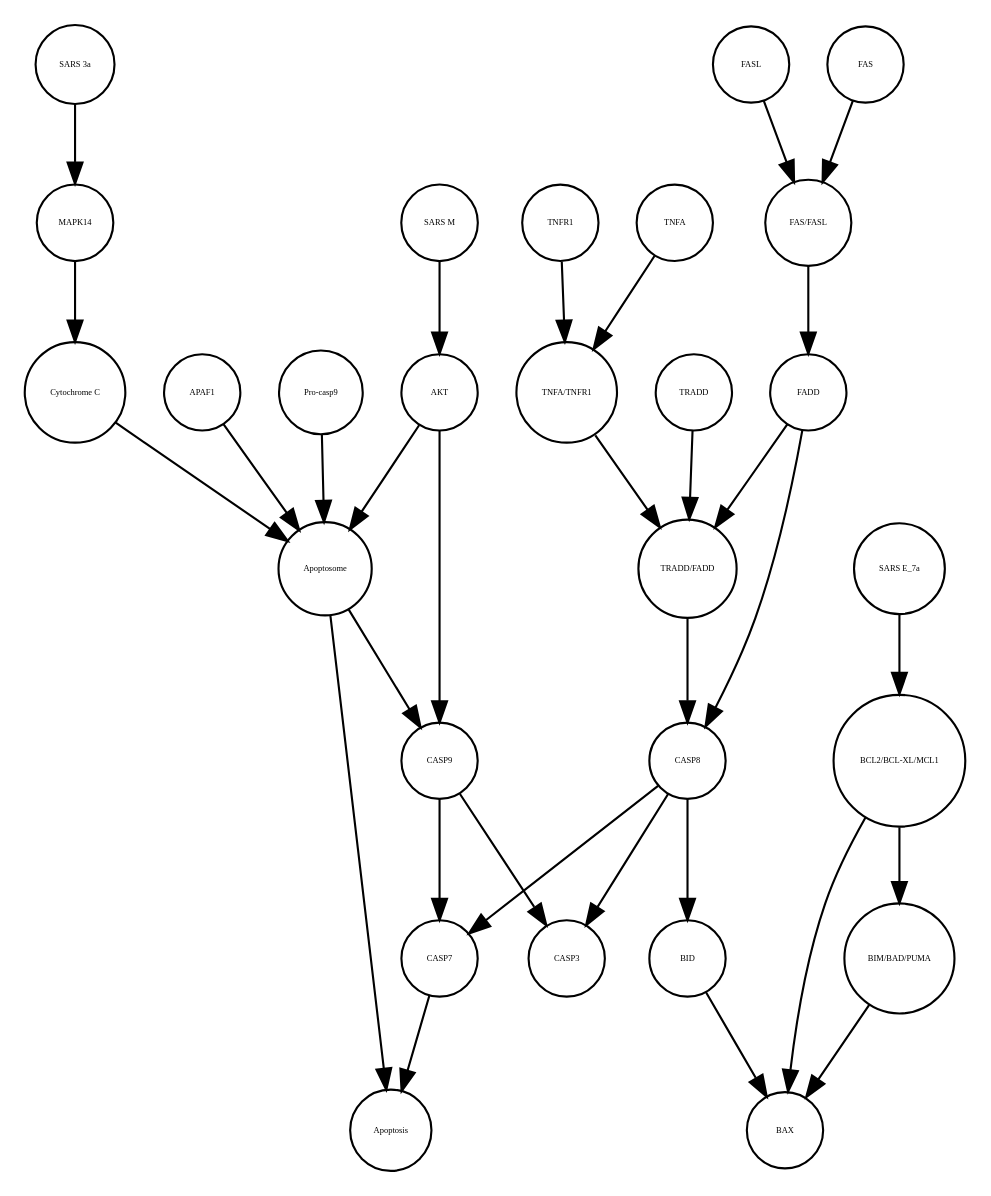
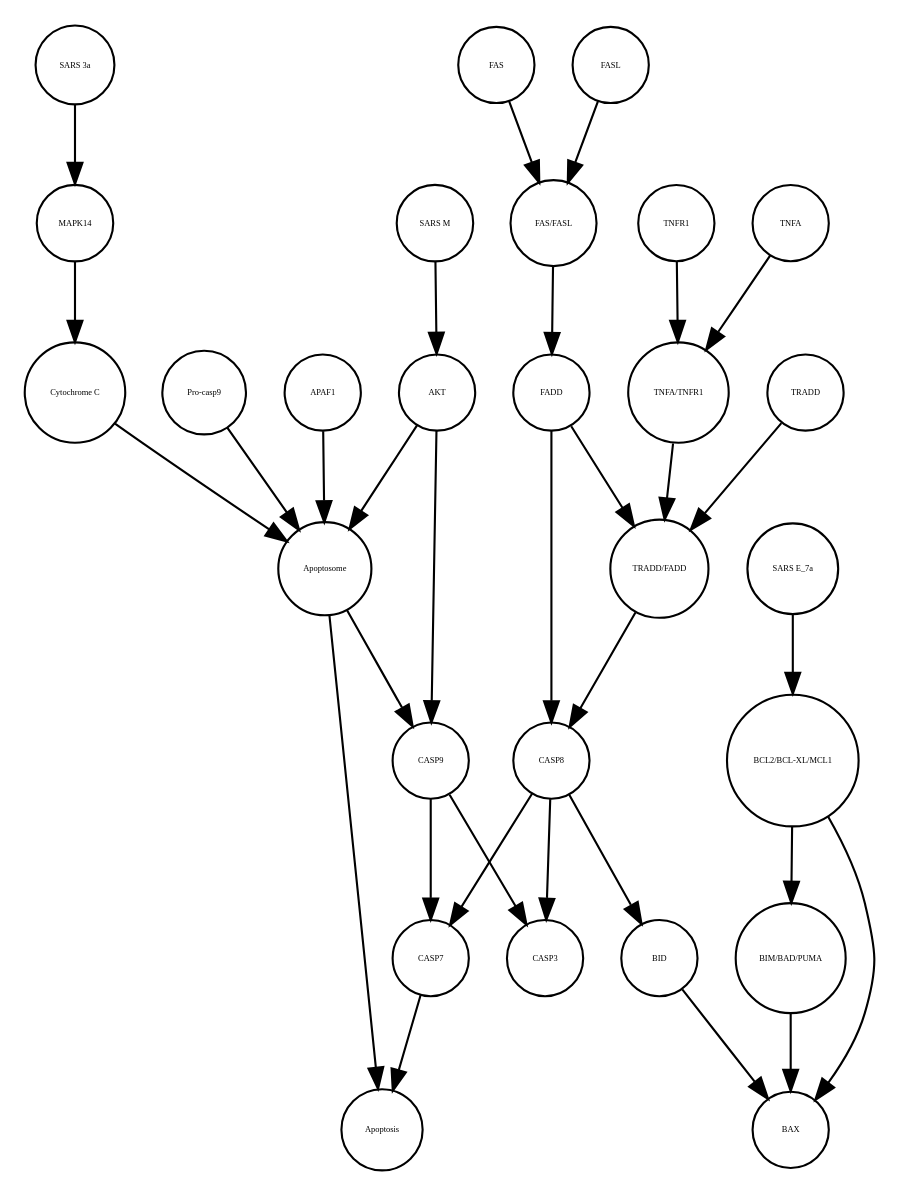
Before and after one commit to cannin/covid19-sbgn: the diagram in Apoptosis_VS_SSA_AN.xml_projected.dot, drawn with Graphviz. The commit also changed other lines of this file and 572 other files, not shown here.

```diff
--- a/Apoptosis_VS_SSA_AN.xml_projected.dot
+++ b/Apoptosis_VS_SSA_AN.xml_projected.dot
@@ -1,60 +1,60 @@
 strict digraph  {
 CASP7 [annotation="", bipartite=0, cls=macromolecule, fontsize=4, label=CASP7, shape=circle];
 Apoptosis [annotation="", bipartite=0, cls=phenotype, fontsize=4, label=Apoptosis, shape=circle];
 Apoptosome [annotation="", bipartite=0, cls=complex, fontsize=4, label=Apoptosome, shape=circle];
+"TNFA/TNFR1" [annotation="", bipartite=0, cls=complex, fontsize=4, label="TNFA/TNFR1", shape=circle];
 BID [annotation="", bipartite=0, cls=macromolecule, fontsize=4, label=BID, shape=circle];
+FASL [annotation="", bipartite=0, cls=macromolecule, fontsize=4, label=FASL, shape=circle];
+"FAS/FASL" [annotation="", bipartite=0, cls=complex, fontsize=4, label="FAS/FASL", shape=circle];
+"SARS 3a" [annotation="", bipartite=0, cls=macromolecule, fontsize=4, label="SARS 3a", shape=circle];
+TNFR1 [annotation="", bipartite=0, cls=macromolecule, fontsize=4, label=TNFR1, shape=circle];
+TNFA [annotation="", bipartite=0, cls=macromolecule, fontsize=4, label=TNFA, shape=circle];
+BAX [annotation="", bipartite=0, cls=macromolecule, fontsize=4, label=BAX, shape=circle];
 FAS [annotation="", bipartite=0, cls=macromolecule, fontsize=4, label=FAS, shape=circle];
-CASP9 [annotation="", bipartite=0, cls=macromolecule, fontsize=4, label=CASP9, shape=circle];
-"BCL2/BCL-XL/MCL1" [annotation="", bipartite=0, cls=complex, fontsize=4, label="BCL2/BCL-XL/MCL1", shape=circle];
+APAF1 [annotation="", bipartite=0, cls=macromolecule, fontsize=4, label=APAF1, shape=circle];
+CASP8 [annotation="", bipartite=0, cls=macromolecule, fontsize=4, label=CASP8, shape=circle];
+"SARS M" [annotation="", bipartite=0, cls=macromolecule, fontsize=4, label="SARS M", shape=circle];
+CASP3 [annotation="", bipartite=0, cls=macromolecule, fontsize=4, label=CASP3, shape=circle];
 "BIM/BAD/PUMA" [annotation="", bipartite=0, cls=complex, fontsize=4, label="BIM/BAD/PUMA", shape=circle];
 "Pro-casp9" [annotation="", bipartite=0, cls=macromolecule, fontsize=4, label="Pro-casp9", shape=circle];
+MAPK14 [annotation="", bipartite=0, cls=macromolecule, fontsize=4, label=MAPK14, shape=circle];
+FADD [annotation="", bipartite=0, cls=macromolecule, fontsize=4, label=FADD, shape=circle];
 TRADD [annotation="", bipartite=0, cls=macromolecule, fontsize=4, label=TRADD, shape=circle];
-FADD [annotation="", bipartite=0, cls=macromolecule, fontsize=4, label=FADD, shape=circle];
+"BCL2/BCL-XL/MCL1" [annotation="", bipartite=0, cls=complex, fontsize=4, label="BCL2/BCL-XL/MCL1", shape=circle];
 "SARS E_7a" [annotation="", bipartite=0, cls=macromolecule, fontsize=4, label="SARS E_7a", shape=circle];
 AKT [annotation="", bipartite=0, cls=macromolecule, fontsize=4, label=AKT, shape=circle];
-"TNFA/TNFR1" [annotation="", bipartite=0, cls=complex, fontsize=4, label="TNFA/TNFR1", shape=circle];
-"SARS 3a" [annotation="", bipartite=0, cls=macromolecule, fontsize=4, label="SARS 3a", shape=circle];
+"Cytochrome C" [annotation="", bipartite=0, cls=macromolecule, fontsize=4, label="Cytochrome C", shape=circle];
+CASP9 [annotation="", bipartite=0, cls=macromolecule, fontsize=4, label=CASP9, shape=circle];
 "TRADD/FADD" [annotation="", bipartite=0, cls=complex, fontsize=4, label="TRADD/FADD", shape=circle];
-CASP8 [annotation="", bipartite=0, cls=macromolecule, fontsize=4, label=CASP8, shape=circle];
-CASP3 [annotation="", bipartite=0, cls=macromolecule, fontsize=4, label=CASP3, shape=circle];
-APAF1 [annotation="", bipartite=0, cls=macromolecule, fontsize=4, label=APAF1, shape=circle];
-BAX [annotation="", bipartite=0, cls=macromolecule, fontsize=4, label=BAX, shape=circle];
-MAPK14 [annotation="", bipartite=0, cls=macromolecule, fontsize=4, label=MAPK14, shape=circle];
-FASL [annotation="", bipartite=0, cls=macromolecule, fontsize=4, label=FASL, shape=circle];
-"SARS M" [annotation="", bipartite=0, cls=macromolecule, fontsize=4, label="SARS M", shape=circle];
-"FAS/FASL" [annotation="", bipartite=0, cls=complex, fontsize=4, label="FAS/FASL", shape=circle];
-"Cytochrome C" [annotation="", bipartite=0, cls=macromolecule, fontsize=4, label="Cytochrome C", shape=circle];
-TNFA [annotation="", bipartite=0, cls=macromolecule, fontsize=4, label=TNFA, shape=circle];
-TNFR1 [annotation="", bipartite=0, cls=macromolecule, fontsize=4, label=TNFR1, shape=circle];
 CASP7 -> Apoptosis  [annotation="", interaction_type=stimulation];
 Apoptosome -> Apoptosis  [annotation="", interaction_type=stimulation];
 Apoptosome -> CASP9  [annotation="urn_miriam_kegg.pathway_hsa04210", interaction_type=catalysis];
+"TNFA/TNFR1" -> "TRADD/FADD"  [annotation="urn_miriam_kegg.pathway_hsa04210", interaction_type=catalysis];
 BID -> BAX  [annotation=urn_miriam_pubmed_31226023, interaction_type=catalysis];
+FASL -> "FAS/FASL"  [annotation="", interaction_type=production];
+"FAS/FASL" -> FADD  [annotation="urn_miriam_kegg.pathway_hsa04210", interaction_type=catalysis];
+"SARS 3a" -> MAPK14  [annotation=urn_miriam_pubmed_31226023, interaction_type=catalysis];
+TNFR1 -> "TNFA/TNFR1"  [annotation="", interaction_type=production];
+TNFA -> "TNFA/TNFR1"  [annotation="", interaction_type=production];
 FAS -> "FAS/FASL"  [annotation="", interaction_type=production];
+APAF1 -> Apoptosome  [annotation="", interaction_type=production];
+CASP8 -> BID  [annotation="urn_miriam_kegg.pathway_hsa04210", interaction_type=catalysis];
+CASP8 -> CASP3  [annotation="urn_miriam_kegg.pathway_hsa04210", interaction_type=catalysis];
+CASP8 -> CASP7  [annotation="urn_miriam_kegg.pathway_hsa04210", interaction_type=catalysis];
+"SARS M" -> AKT  [annotation=urn_miriam_pubmed_31226023, interaction_type=inhibition];
+"BIM/BAD/PUMA" -> BAX  [annotation=urn_miriam_pubmed_31226023, interaction_type=catalysis];
+"Pro-casp9" -> Apoptosome  [annotation="", interaction_type=production];
+MAPK14 -> "Cytochrome C"  [annotation="urn_miriam_kegg.pathway_hsa04210|urn_miriam_pubmed_31226023", interaction_type=catalysis];
+FADD -> "TRADD/FADD"  [annotation="", interaction_type=production];
+FADD -> CASP8  [annotation="urn_miriam_kegg.pathway_hsa04210", interaction_type=catalysis];
+TRADD -> "TRADD/FADD"  [annotation="", interaction_type=production];
+"BCL2/BCL-XL/MCL1" -> "BIM/BAD/PUMA"  [annotation="", interaction_type=inhibition];
+"BCL2/BCL-XL/MCL1" -> BAX  [annotation=urn_miriam_pubmed_31226023, interaction_type=inhibition];
+"SARS E_7a" -> "BCL2/BCL-XL/MCL1"  [annotation="", interaction_type=inhibition];
+AKT -> Apoptosome  [annotation="urn_miriam_kegg.pathway_hsa04210", interaction_type=inhibition];
+AKT -> CASP9  [annotation="urn_miriam_kegg.pathway_hsa04210", interaction_type=inhibition];
+"Cytochrome C" -> Apoptosome  [annotation="", interaction_type=production];
 CASP9 -> CASP3  [annotation="urn_miriam_kegg.pathway_hsa04210", interaction_type=catalysis];
 CASP9 -> CASP7  [annotation="urn_miriam_kegg.pathway_hsa04210", interaction_type=catalysis];
-"BCL2/BCL-XL/MCL1" -> BAX  [annotation=urn_miriam_pubmed_31226023, interaction_type=inhibition];
-"BCL2/BCL-XL/MCL1" -> "BIM/BAD/PUMA"  [annotation="", interaction_type=inhibition];
-"BIM/BAD/PUMA" -> BAX  [annotation=urn_miriam_pubmed_31226023, interaction_type=catalysis];
-"Pro-casp9" -> Apoptosome  [annotation="", interaction_type=production];
-TRADD -> "TRADD/FADD"  [annotation="", interaction_type=production];
-FADD -> "TRADD/FADD"  [annotation="", interaction_type=production];
-FADD -> CASP8  [annotation="urn_miriam_kegg.pathway_hsa04210", interaction_type=catalysis];
-"SARS E_7a" -> "BCL2/BCL-XL/MCL1"  [annotation="", interaction_type=inhibition];
-AKT -> CASP9  [annotation="urn_miriam_kegg.pathway_hsa04210", interaction_type=inhibition];
-AKT -> Apoptosome  [annotation="urn_miriam_kegg.pathway_hsa04210", interaction_type=inhibition];
-"TNFA/TNFR1" -> "TRADD/FADD"  [annotation="urn_miriam_kegg.pathway_hsa04210", interaction_type=catalysis];
-"SARS 3a" -> MAPK14  [annotation=urn_miriam_pubmed_31226023, interaction_type=catalysis];
 "TRADD/FADD" -> CASP8  [annotation="urn_miriam_kegg.pathway_hsa04210", interaction_type=catalysis];
-CASP8 -> CASP3  [annotation="urn_miriam_kegg.pathway_hsa04210", interaction_type=catalysis];
-CASP8 -> BID  [annotation="urn_miriam_kegg.pathway_hsa04210", interaction_type=catalysis];
-CASP8 -> CASP7  [annotation="urn_miriam_kegg.pathway_hsa04210", interaction_type=catalysis];
-APAF1 -> Apoptosome  [annotation="", interaction_type=production];
-MAPK14 -> "Cytochrome C"  [annotation="urn_miriam_kegg.pathway_hsa04210|urn_miriam_pubmed_31226023", interaction_type=catalysis];
-FASL -> "FAS/FASL"  [annotation="", interaction_type=production];
-"SARS M" -> AKT  [annotation=urn_miriam_pubmed_31226023, interaction_type=inhibition];
-"FAS/FASL" -> FADD  [annotation="urn_miriam_kegg.pathway_hsa04210", interaction_type=catalysis];
-"Cytochrome C" -> Apoptosome  [annotation="", interaction_type=production];
-TNFA -> "TNFA/TNFR1"  [annotation="", interaction_type=production];
-TNFR1 -> "TNFA/TNFR1"  [annotation="", interaction_type=production];
 }
```
